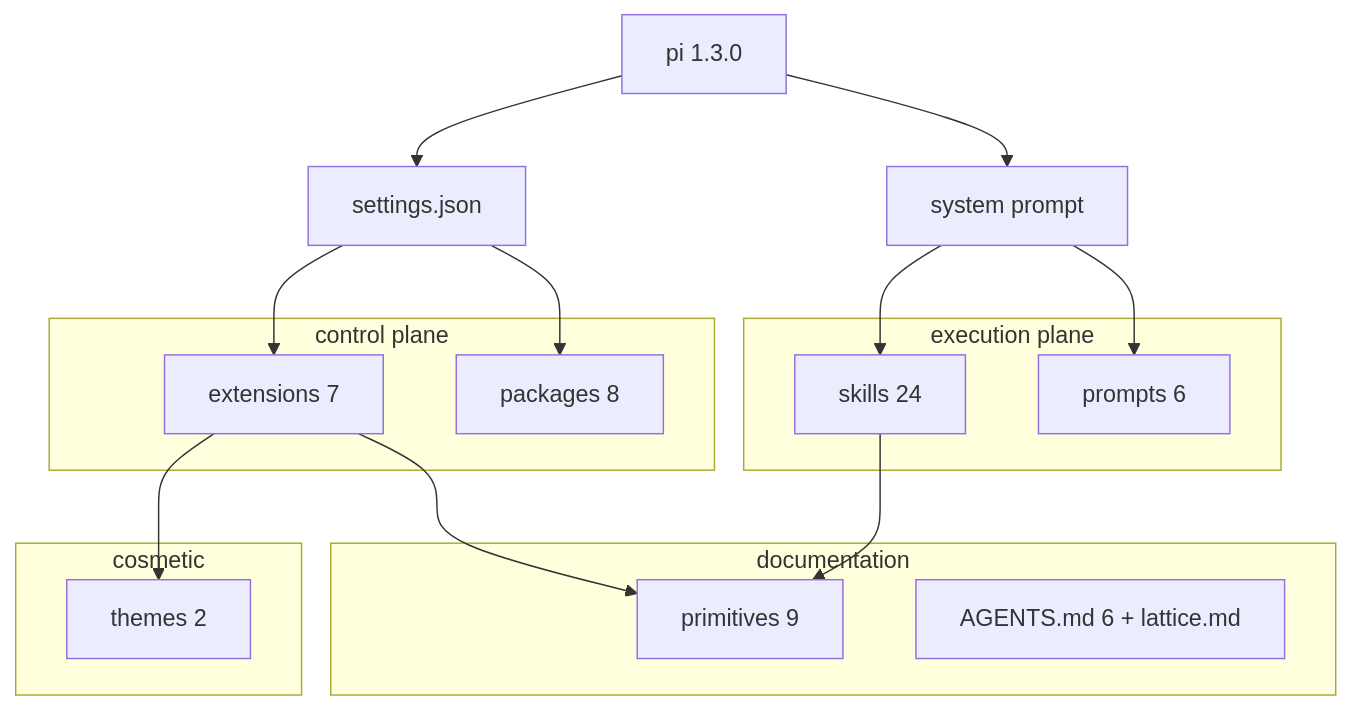
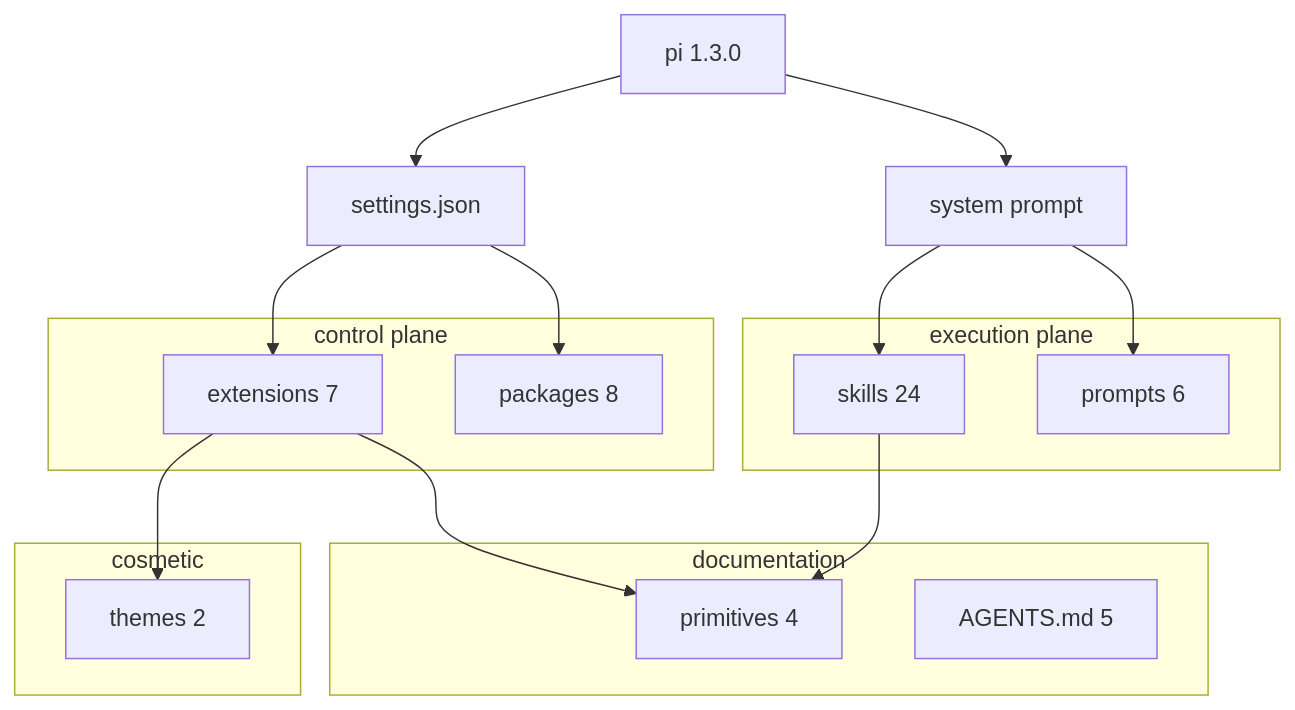
The first of 5 diagrams in agent/harness-map.md (sub0xdai/n0x-pi), drawn with Mermaid before and after one commit. The commit also changed other lines of this file and 24 other files, not shown here.

````diff
--- a/agent/harness-map.md
+++ b/agent/harness-map.md
@@ -29,30 +29,30 @@
 ```mermaid
 flowchart TB
     P["pi 1.3.0"]
     SP["system prompt"]
     SET["settings.json"]
     subgraph CTL["control plane"]
         EXT["extensions 7"]
         PKG["packages 8"]
     end
     subgraph EXE["execution plane"]
         SK["skills 24"]
         PR["prompts 6"]
     end
     subgraph DOC["documentation"]
-        PRI["primitives 9"]
-        DOX["AGENTS.md 6 + lattice.md"]
+        PRI["primitives 4"]
+        DOX["AGENTS.md 5"]
     end
     subgraph COS["cosmetic"]
         TH["themes 2"]
     end
     P --> SP
     P --> SET
     SP --> SK
     SP --> PR
     SET --> EXT
     SET --> PKG
     EXT --> PRI
     SK --> PRI
     EXT --> TH
 ```
````
